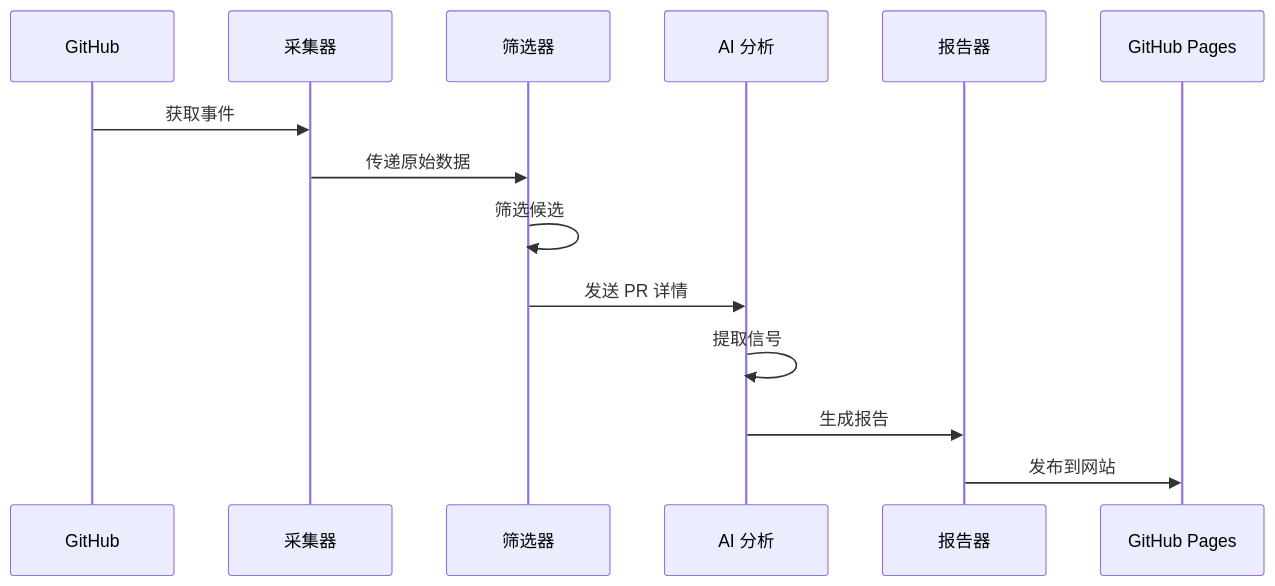
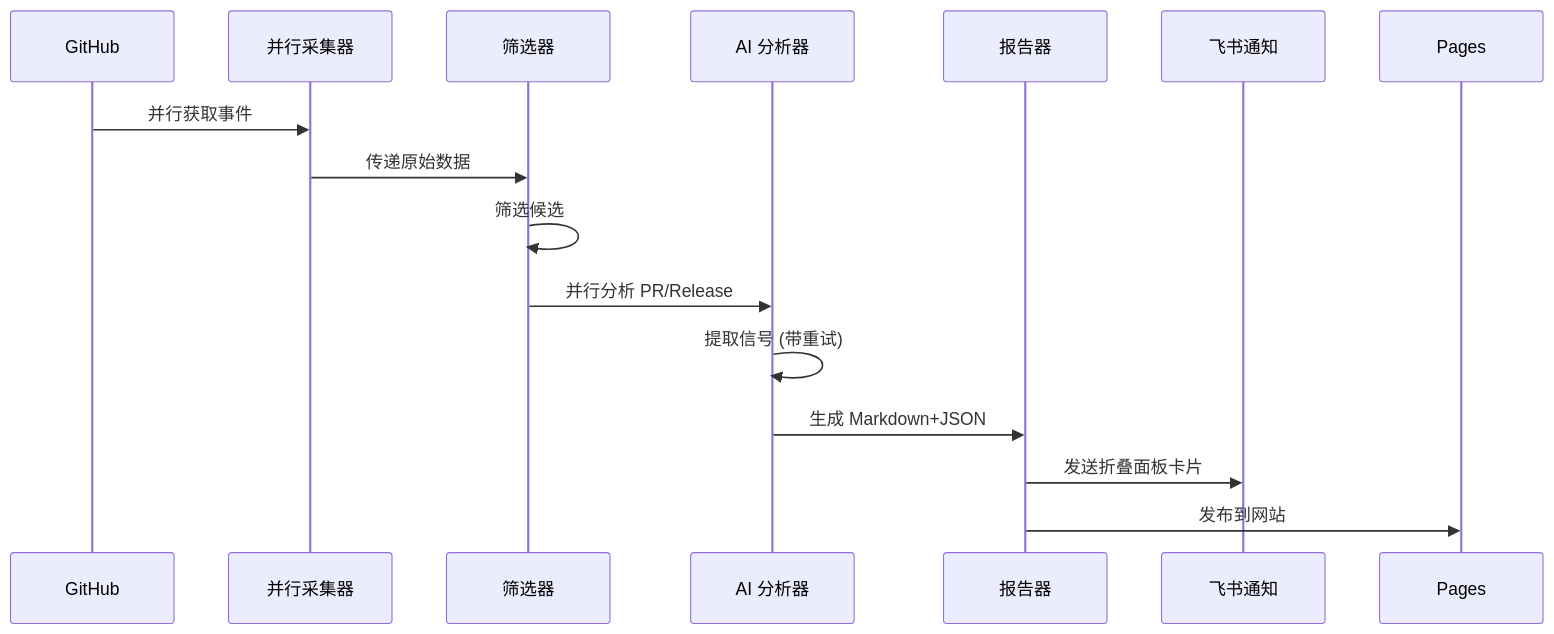
The diagram in docs/features.md (gqy20/TrendPluse), drawn with Mermaid before and after one commit. The commit also changed other lines of this file and 12 other files, not shown here.

````diff
--- a/docs/features.md
+++ b/docs/features.md
@@ -33,17 +43,18 @@
 ```mermaid
 sequenceDiagram
     participant GH as GitHub
-    participant Collector as 采集器
+    participant Collector as 并行采集器
     participant Filter as 筛选器
-    participant AI as AI 分析
+    participant AI as AI 分析器
     participant Reporter as 报告器
-    participant Pages as GitHub Pages
+    participant Feishu as 飞书通知
 
-    GH->>Collector: 获取事件
+    GH->>Collector: 并行获取事件
     Collector->>Filter: 传递原始数据
     Filter->>Filter: 筛选候选
-    Filter->>AI: 发送 PR 详情
-    AI->>AI: 提取信号
-    AI->>Reporter: 生成报告
+    Filter->>AI: 并行分析 PR/Release
+    AI->>AI: 提取信号 (带重试)
+    AI->>Reporter: 生成 Markdown+JSON
+    Reporter->>Feishu: 发送折叠面板卡片
     Reporter->>Pages: 发布到网站
 ```
````
